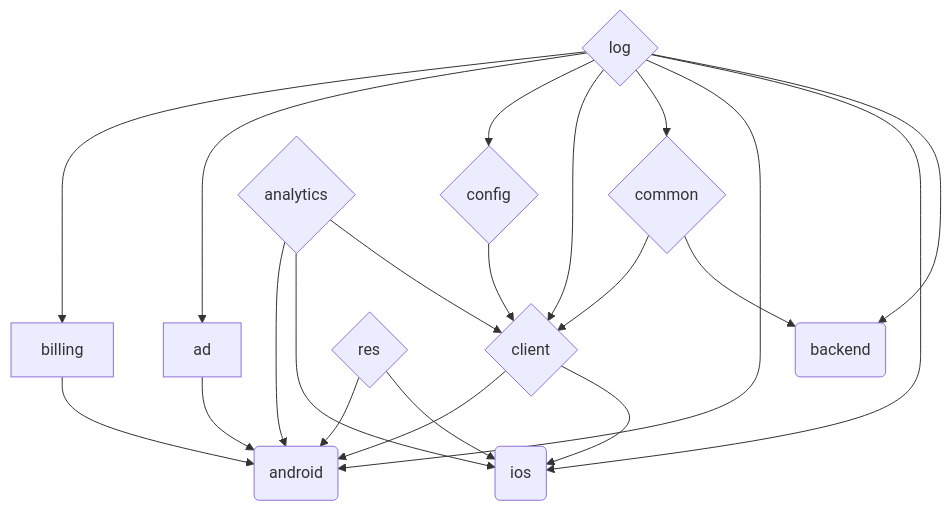
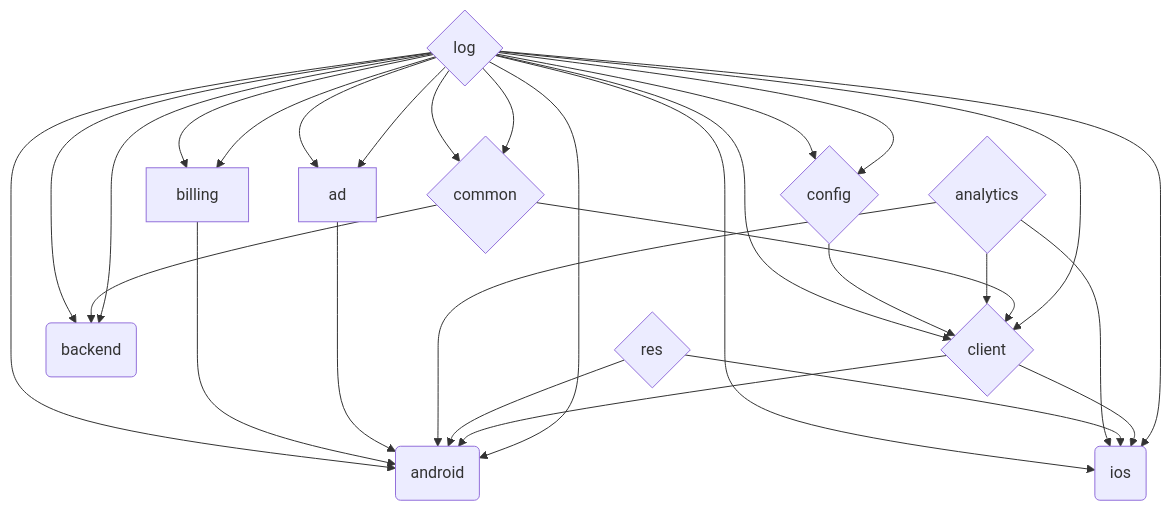
Before and after one commit to Oztechan/CCC: the first of 3 diagrams in README.md, drawn with Mermaid.

Commit message:
[#1150] Add LogMob as log module

````diff
--- a/README.md
+++ b/README.md
@@ -28,35 +28,44 @@
 ```mermaid
 graph TD;
 
 log{log} --> billing
 log --> ad
 log --> config
 log --> client
 log --> common
 log --> android
 log --> ios
 log --> backend
 
 billing-->android
 
 ad-->android
 
 config{config}-->client
 
 analytics{analytics} --> android
 analytics --> ios
 analytics-->client
 
 res{res}-->android
 res-->ios
 
 client{client}-->android
 client-->ios
 
 common{common}-->client
 common-->backend
 
 android(android)
 ios(ios)
 backend(backend)
+
+log{log} --> billing
+log --> ad
+log --> config
+log --> client
+log --> common
+log --> android
+log --> ios
+log --> backend
 ```
````
